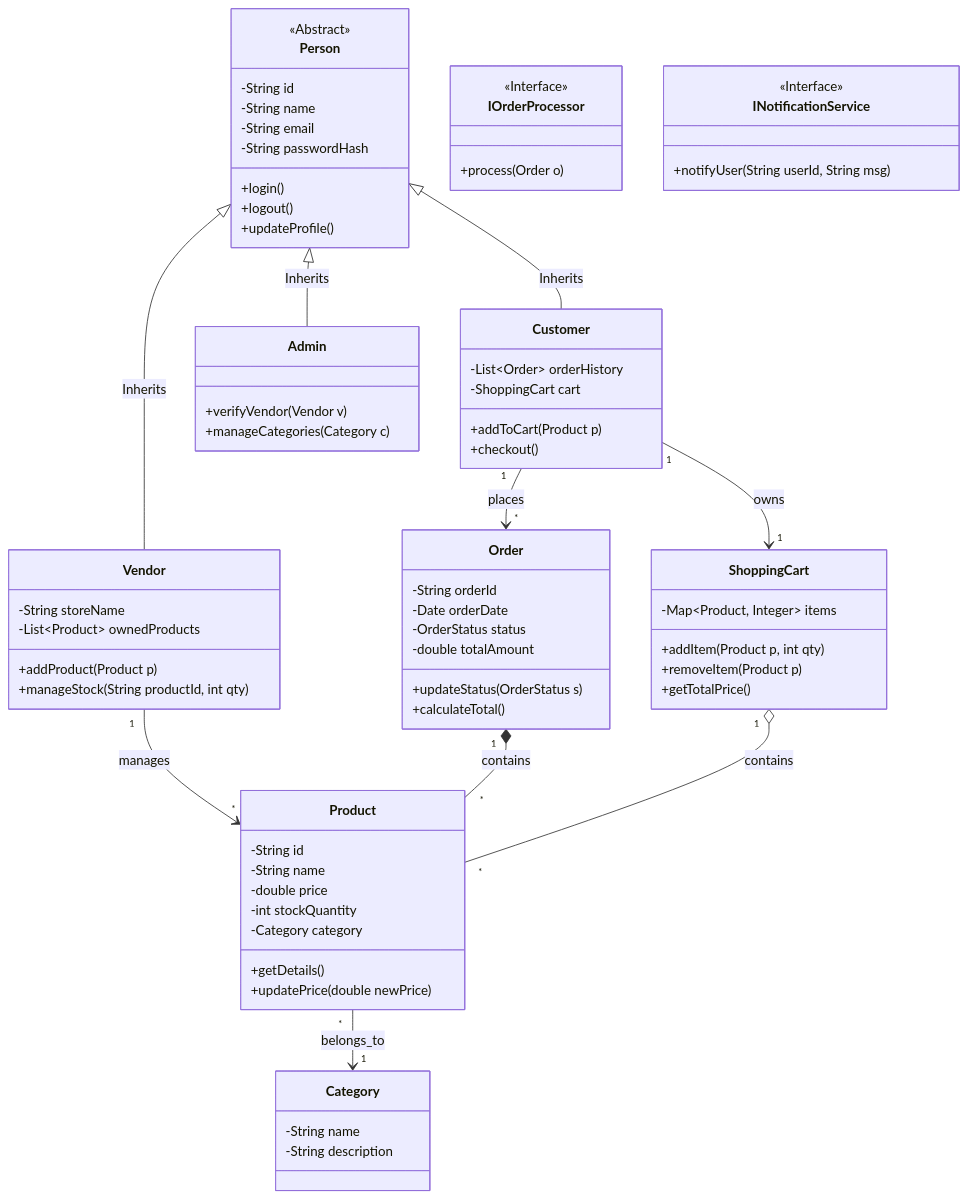
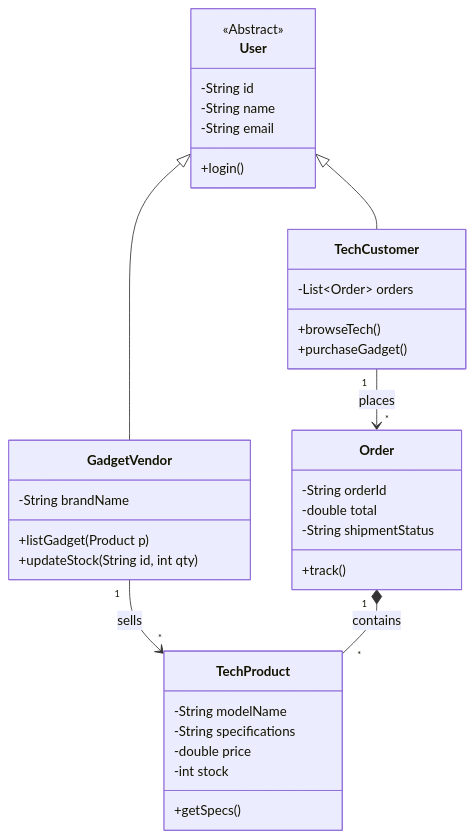
One commit to Subham-KRLX/SESD-PROJECT- changed the diagram in classDiagram.md. Above: the diagram before and after it, drawn with Mermaid. The commit also changed other lines of this file and 4 other files, not shown here.

Commit message:
docs: Rebrand to TechSpark - Exclusive Tech Gadget Marketplace

````diff
--- a/classDiagram.md
+++ b/classDiagram.md
@@ -8,87 +8,43 @@
 ```mermaid
 classDiagram
-    %% Abstract Base Class
-    class Person {
+    class User {
         <<Abstract>>
         -String id
         -String name
         -String email
-        -String passwordHash
         +login()
-        +logout()
-        +updateProfile()
     }
 
-    class Customer {
-        -List~Order~ orderHistory
-        -ShoppingCart cart
-        +addToCart(Product p)
-        +checkout()
+    class TechCustomer {
+        -List~Order~ orders
+        +browseTech()
+        +purchaseGadget()
     }
 
-    class Vendor {
-        -String storeName
-        -List~Product~ ownedProducts
-        +addProduct(Product p)
-        +manageStock(String productId, int qty)
+    class GadgetVendor {
+        -String brandName
+        +listGadget(Product p)
+        +updateStock(String id, int qty)
     }
 
-    class Admin {
-        +verifyVendor(Vendor v)
-        +manageCategories(Category c)
-    }
-
-    class Product {
-        -String id
-        -String name
+    class TechProduct {
+        -String modelName
+        -String specifications
         -double price
-        -int stockQuantity
-        -Category category
-        +getDetails()
-        +updatePrice(double newPrice)
-    }
-
-    class Category {
-        -String name
-        -String description
+        -int stock
+        +getSpecs()
     }
 
     class Order {
         -String orderId
-        -Date orderDate
-        -OrderStatus status
-        -double totalAmount
-        +updateStatus(OrderStatus s)
-        +calculateTotal()
+        -double total
+        -String shipmentStatus
+        +track()
     }
 
-    class ShoppingCart {
-        -Map~Product, Integer~ items
-        +addItem(Product p, int qty)
-        +removeItem(Product p)
-        +getTotalPrice()
-    }
-
-    %% Interfaces for Services
-    class IOrderProcessor {
-        <<Interface>>
-        +process(Order o)
-    }
-
-    class INotificationService {
-        <<Interface>>
-        +notifyUser(String userId, String msg)
-    }
-
-    %% Relationships
-    Person <|-- Customer : Inherits
-    Person <|-- Vendor : Inherits
-    Person <|-- Admin : Inherits
-
-    Vendor "1" --> "*" Product : manages
-    Customer "1" --> "1" ShoppingCart : owns
-    Customer "1" --> "*" Order : places
-    Product "*" --> "1" Category : belongs_to
-    Order "1" *-- "*" Product : contains
-    ShoppingCart "1" o-- "*" Product : contains
+    User <|-- TechCustomer
+    User <|-- GadgetVendor
+    GadgetVendor "1" --> "*" TechProduct : sells
+    TechCustomer "1" --> "*" Order : places
+    Order "1" *-- "*" TechProduct : contains
 ```
````
